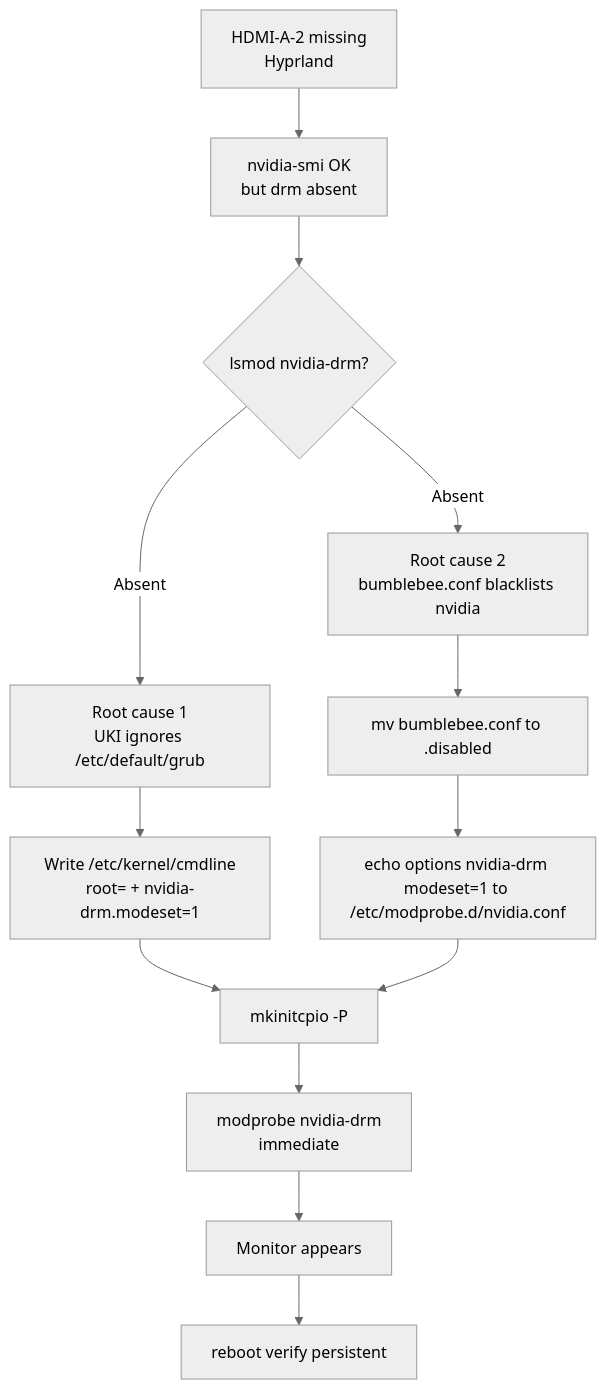
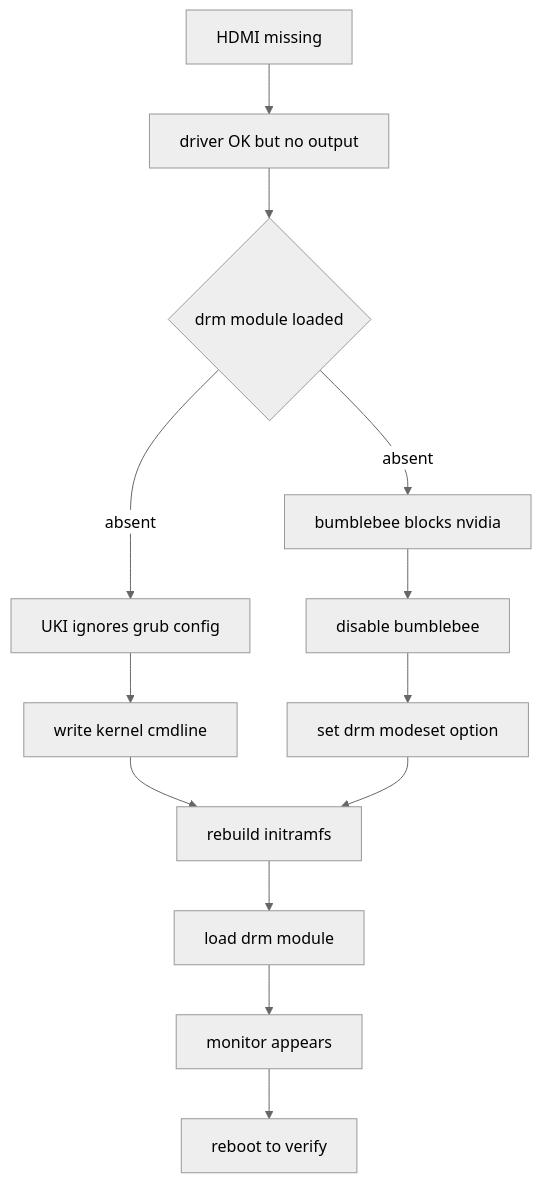
The sixth of 32 diagrams in Graph-Web-Atlas.md (444Nazky/My-Vault), drawn with Mermaid (neutral theme) before and after one commit. The commit also changed other lines of this file and 8 other files, not shown here.

````diff
--- a/Graph-Web-Atlas.md
+++ b/Graph-Web-Atlas.md
@@ -79,15 +105,15 @@
 ```mermaid
 flowchart TD
-    A[HDMI-A-2 missing<br/>Hyprland] --> B[nvidia-smi OK<br/>but drm absent]
-    B --> C{lsmod nvidia-drm?}
-    C -->|Absent| D[Root cause 1<br/>UKI ignores /etc/default/grub]
-    C -->|Absent| E[Root cause 2<br/>bumblebee.conf blacklists nvidia]
-    D --> F[Write /etc/kernel/cmdline<br/>root= + nvidia-drm.modeset=1]
-    E --> G[mv bumblebee.conf to .disabled]
-    G --> H[echo options nvidia-drm modeset=1 to /etc/modprobe.d/nvidia.conf]
-    F --> I[mkinitcpio -P]
+    A["HDMI missing"] --> B["driver OK but no output"]
+    B --> C{"drm module loaded"}
+    C -->|"absent"| D["UKI ignores grub config"]
+    C -->|"absent"| E["bumblebee blocks nvidia"]
+    D --> F["write kernel cmdline"]
+    E --> G["disable bumblebee"]
+    G --> H["set drm modeset option"]
+    F --> I["rebuild initramfs"]
     H --> I
-    I --> J[modprobe nvidia-drm<br/>immediate]
-    J --> K[Monitor appears]
-    K --> L[reboot verify persistent]
+    I --> J["load drm module"]
+    J --> K["monitor appears"]
+    K --> L["reboot to verify"]
 ```
````
